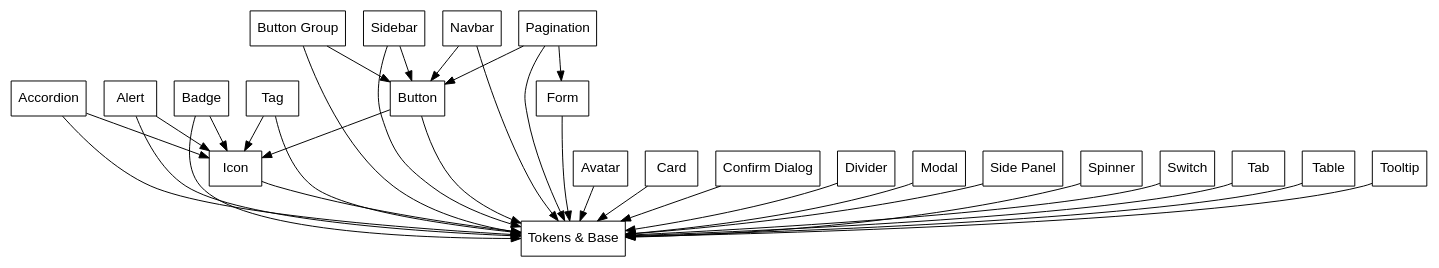
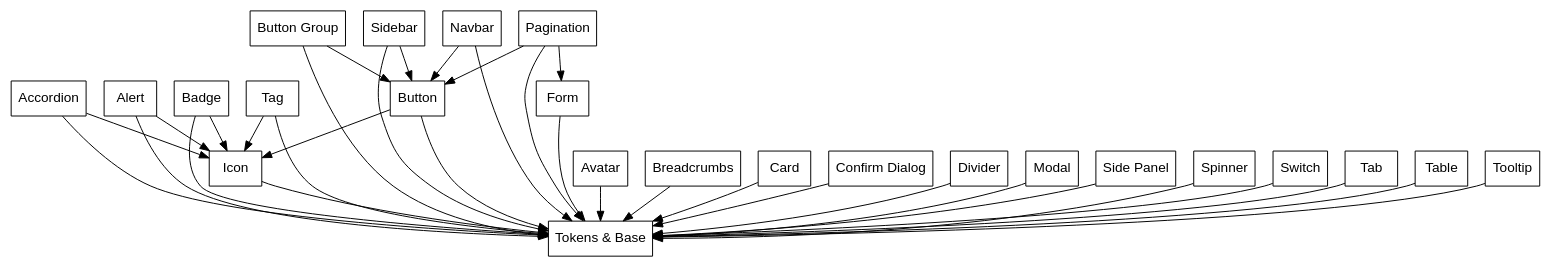
One commit to RoleModel/optics changed the diagram in tools/generate-graph.dot. Above: the diagram before and after it, drawn with Graphviz. The commit also changed 6 other files, not shown here.

```diff
--- a/tools/generate-graph.dot
+++ b/tools/generate-graph.dot
@@ -1,49 +1,50 @@
 digraph dependencies {
   fontname = "Helvetica,Arial,sans-serif";
   node [fontname = "Helvetica,Arial,sans-serif";];
   edge [fontname = "Helvetica,Arial,sans-serif";];
   node [shape = box;];
   "Tokens & Base";
 
   "Accordion" -> "Tokens & Base";
   "Accordion" -> "Icon";
 
   "Alert" -> "Tokens & Base";
   "Alert" -> "Icon";
 
   "Badge" -> "Tokens & Base";
   "Badge" -> "Icon";
 
   "Button" -> "Tokens & Base";
   "Button" -> "Icon";
 
   "Tag" -> "Tokens & Base";
   "Tag" -> "Icon";
 
   "Button Group" -> "Tokens & Base";
   "Button Group" -> "Button";
 
   "Sidebar" -> "Tokens & Base";
   "Sidebar" -> "Button";
 
   "Navbar" -> "Tokens & Base";
   "Navbar" -> "Button";
 
   "Pagination" -> "Button";
   "Pagination" -> "Form";
   "Pagination" -> "Tokens & Base";
 
   "Avatar" -> "Tokens & Base";
+  "Breadcrumbs" -> "Tokens & Base";
   "Card" -> "Tokens & Base";
   "Confirm Dialog" -> "Tokens & Base";
   "Divider" -> "Tokens & Base";
   "Form" -> "Tokens & Base";
   "Icon" -> "Tokens & Base";
   "Modal" -> "Tokens & Base";
   "Side Panel" -> "Tokens & Base";
   "Spinner" -> "Tokens & Base";
   "Switch" -> "Tokens & Base";
   "Tab" -> "Tokens & Base";
   "Table" -> "Tokens & Base";
   "Tooltip" -> "Tokens & Base";
 }
```
